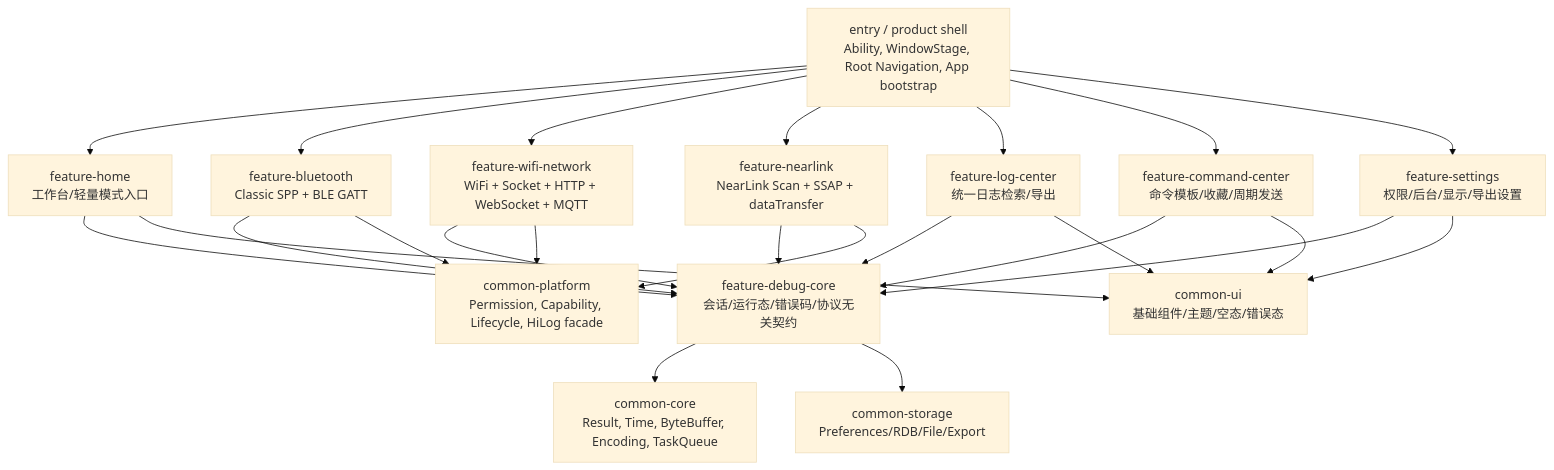
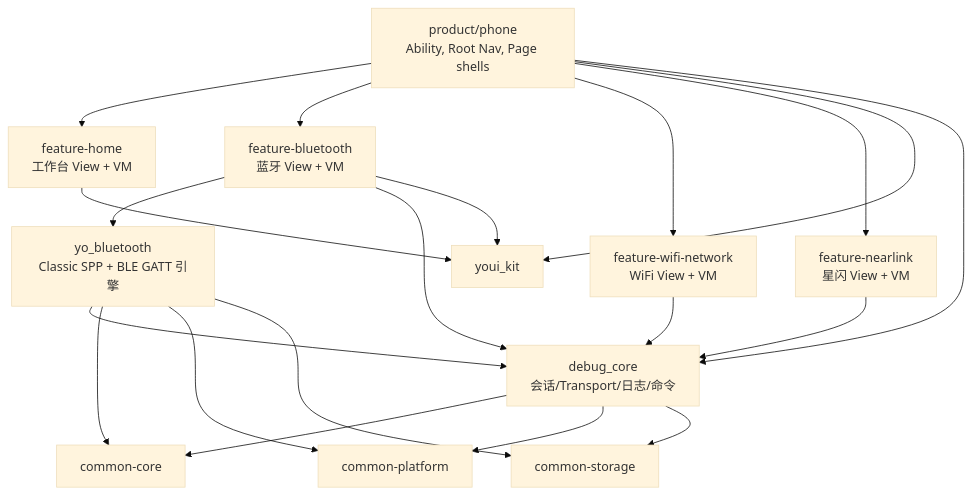
Before and after one commit to yohurm/HarmonyOS-YoWireTools: the diagram in .projectark/5-架构设计/无线调试工具/00-总体架构与工程模块化设计.md, drawn with Mermaid (base theme). The commit also changed other lines of this file and 253 other files, not shown here.

First line of the commit message:
refactor : 下沉 debug_core/yo_bluetooth 并将蓝牙 Page 迁入 product

````diff
--- a/.projectark/5-架构设计/无线调试工具/00-总体架构与工程模块化设计.md
+++ b/.projectark/5-架构设计/无线调试工具/00-总体架构与工程模块化设计.md
@@ -61,42 +61,36 @@
 ```mermaid
 flowchart TB
-  Product["entry / product shell<br/>Ability, WindowStage, Root Navigation, App bootstrap"]
+  Product["product/phone<br/>Ability, Root Nav, Page shells"]
 
-  Home["feature-home<br/>工作台/轻量模式入口"]
-  Bt["feature-bluetooth<br/>Classic SPP + BLE GATT"]
-  Wifi["feature-wifi-network<br/>WiFi + Socket + HTTP + WebSocket + MQTT"]
-  Nl["feature-nearlink<br/>NearLink Scan + SSAP + dataTransfer"]
-  Log["feature-log-center<br/>统一日志检索/导出"]
-  Cmd["feature-command-center<br/>命令模板/收藏/周期发送"]
-  Settings["feature-settings<br/>权限/后台/显示/导出设置"]
-  DebugCore["feature-debug-core<br/>会话/运行态/错误码/协议无关契约"]
+  Home["feature-home<br/>工作台 View + VM"]
+  Bt["feature-bluetooth<br/>蓝牙 View + VM"]
+  Wifi["feature-wifi-network<br/>WiFi View + VM"]
+  Nl["feature-nearlink<br/>星闪 View + VM"]
 
-  CommonCore["common-core<br/>Result, Time, ByteBuffer, Encoding, TaskQueue"]
-  CommonUi["common-ui<br/>基础组件/主题/空态/错误态"]
-  CommonPlatform["common-platform<br/>Permission, Capability, Lifecycle, HiLog facade"]
-  CommonStorage["common-storage<br/>Preferences/RDB/File/Export"]
+  YoBt["yo_bluetooth<br/>Classic SPP + BLE GATT 引擎"]
+  DebugCore["debug_core<br/>会话/Transport/日志/命令"]
+  CommonCore["common-core"]
+  YouiKit["youi_kit"]
+  CommonPlatform["common-platform"]
+  CommonStorage["common-storage"]
 
   Product --> Home
   Product --> Bt
   Product --> Wifi
   Product --> Nl
-  Product --> Log
-  Product --> Cmd
-  Product --> Settings
-  Home --> DebugCore
+  Product --> YouiKit
+  Product --> DebugCore
+  Bt --> YoBt
   Bt --> DebugCore
   Wifi --> DebugCore
   Nl --> DebugCore
-  Log --> DebugCore
-  Cmd --> DebugCore
-  Settings --> DebugCore
+  YoBt --> DebugCore
+  YoBt --> CommonCore
+  YoBt --> CommonPlatform
+  YoBt --> CommonStorage
   DebugCore --> CommonCore
+  DebugCore --> CommonPlatform
   DebugCore --> CommonStorage
-  Bt --> CommonPlatform
-  Wifi --> CommonPlatform
-  Nl --> CommonPlatform
-  Log --> CommonUi
-  Cmd --> CommonUi
-  Home --> CommonUi
-  Settings --> CommonUi
+  Home --> YouiKit
+  Bt --> YouiKit
 ```
````
